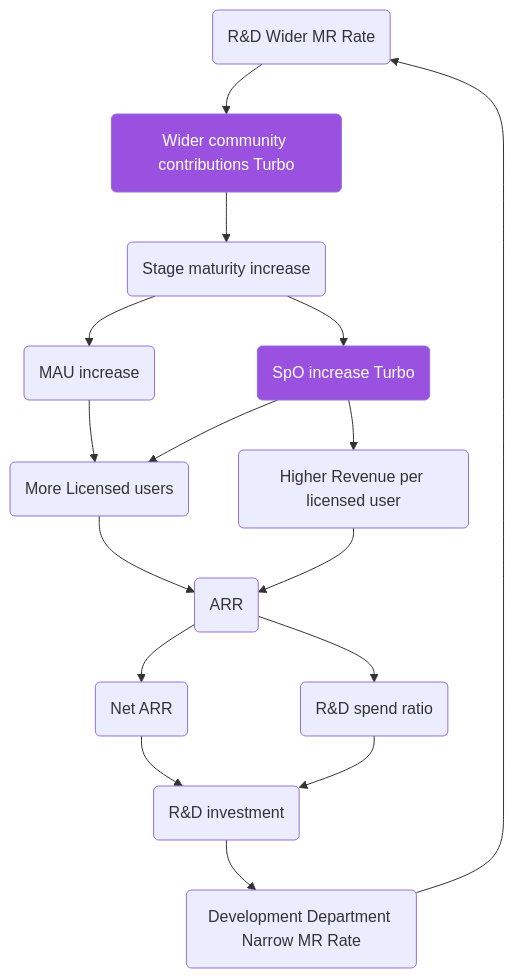
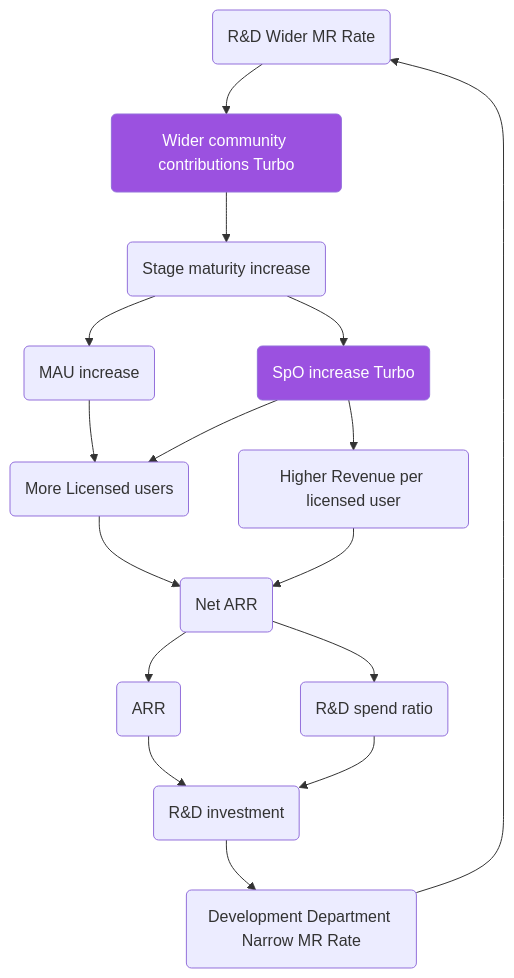
The second of 2 diagrams in strategy/index.html.md (secretstartups/handbook), drawn with Mermaid before and after one commit. The commit also changed other lines of this file, not shown here.

Commit message:
Change to just IACV to net ARR

````diff
--- a/strategy/index.html.md
+++ b/strategy/index.html.md
@@ -142,20 +142,20 @@
 ```mermaid
 graph TB
   id2(R&D Wider MR Rate) --> id1
   id1(Wider community contributions Turbo) --> id3
   style id1 color:#ffffff, fill:#9B51E0
   id3(Stage maturity increase) --> id4
   id3 --> id9
   id4(MAU increase) --> id5
   id5(More Licensed users) --> id6
-  id6(ARR) --> id12
-  id12(Net ARR) --> id8
+  id6(Net ARR) --> id12
+  id12(ARR) --> id8
   id7(R&D spend ratio) --> id8
   id8(R&D investment) --> id11
   id11(Development Department Narrow MR Rate) --> id2
   id9(SpO increase Turbo)--> id5
   style id9 color:#ffffff, fill:#9B51E0
   id9 --> id10
   id10(Higher Revenue per licensed user) --> id6
   id6 --> id7
 ```
````
